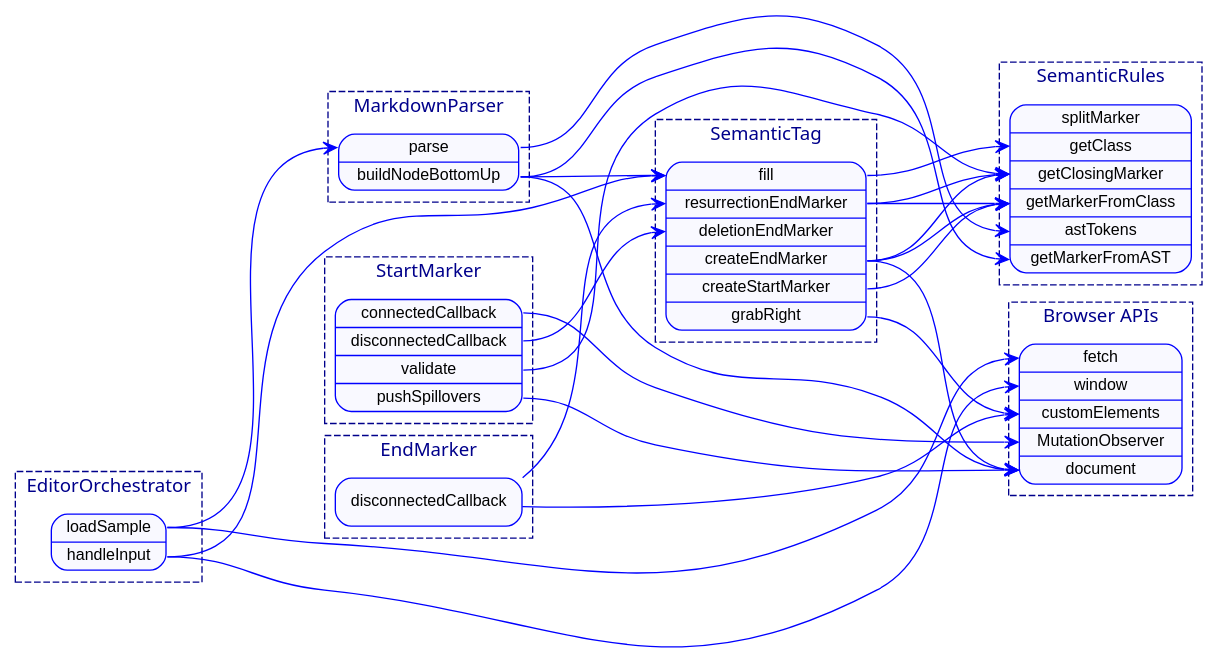
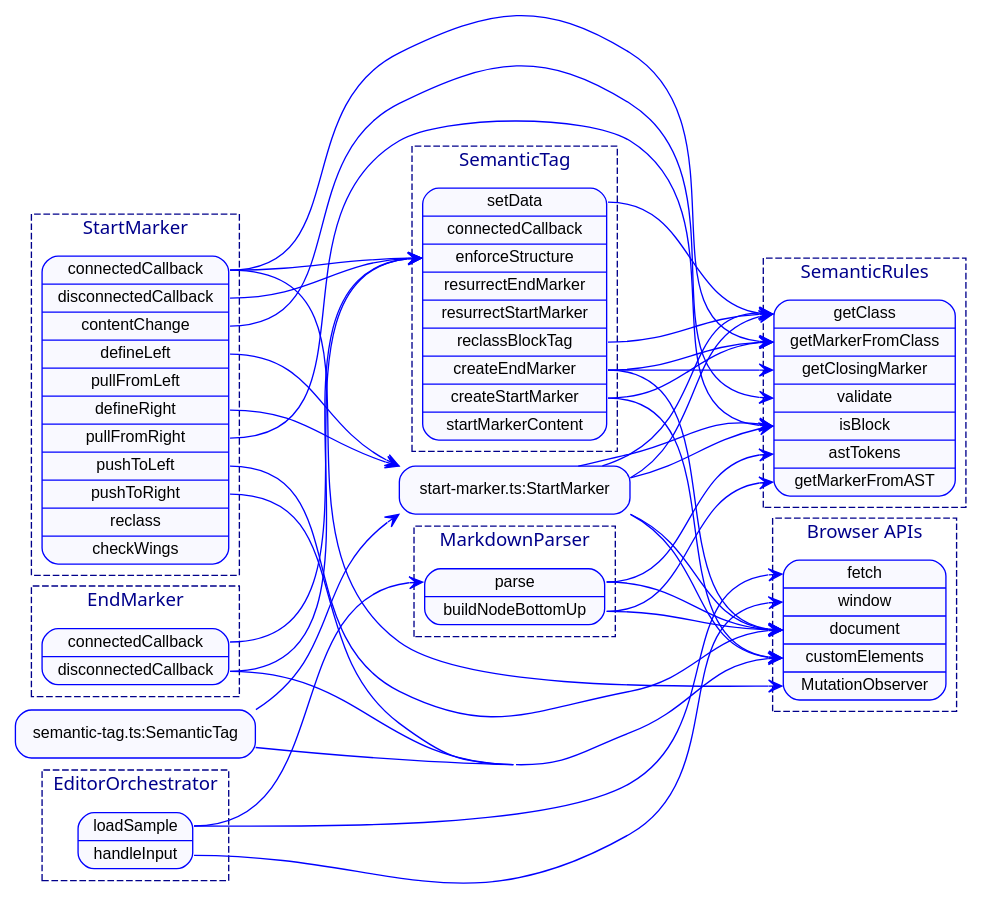
One commit to invisement/markdown-presentation changed the diagram in reports/logic-graph.dot. Above: the diagram before and after it, drawn with Graphviz. The commit also changed 7 other files, not shown here.

```diff
--- a/reports/logic-graph.dot
+++ b/reports/logic-graph.dot
@@ -1,60 +1,72 @@
 digraph logic {
   graph [fontname="system-ui"; fontcolor=darkblue; fontsize=14; style="dashed" rankdir="LR"; concentrate=true; overlap=false; splines=true; color=darkblue; ranksep=1.5;];
   node [fontname="sans-serif"; shape=Mrecord, fontsize=12, color=blue, style=filled, fillcolor="#f9f9ff"];
   edge [fontsize=12, color=blue, arrowhead=vee];
 
   subgraph "cluster_EditorOrchestrator" {
     label = "EditorOrchestrator";
     "editor-orchestrator.ts:EditorOrchestrator" [label="<loadSample> loadSample | <handleInput> handleInput", URL="editor-orchestrator.ts", tooltip="editor-orchestrator.ts"];
   }
   subgraph "cluster_MarkdownParser" {
     label = "MarkdownParser";
     "markdown-parser.ts:MarkdownParser" [label="<parse> parse | <buildNodeBottomUp> buildNodeBottomUp", URL="markdown-parser.ts", tooltip="markdown-parser.ts"];
   }
   subgraph "cluster_SemanticTag" {
     label = "SemanticTag";
-    "semantic-tag.ts:SemanticTag" [label="<fill> fill | <resurrectionEndMarker> resurrectionEndMarker | <deletionEndMarker> deletionEndMarker | <createEndMarker> createEndMarker | <createStartMarker> createStartMarker | <grabRight> grabRight", URL="semantic-tag.ts", tooltip="semantic-tag.ts"];
+    "semantic-tag.backup.ts:SemanticTag" [label="<setData> setData | <connectedCallback> connectedCallback | <enforceStructure> enforceStructure | <resurrectEndMarker> resurrectEndMarker | <resurrectStartMarker> resurrectStartMarker | <reclassBlockTag> reclassBlockTag | <createEndMarker> createEndMarker | <createStartMarker> createStartMarker | <startMarkerContent> startMarkerContent", URL="semantic-tag.backup.ts", tooltip="semantic-tag.backup.ts"];
+  }
+  subgraph "cluster_SemanticRules" {
+    label = "SemanticRules";
+    "semantic-rules.ts:SemanticRules" [label="<getClass> getClass | <getMarkerFromClass> getMarkerFromClass | <getClosingMarker> getClosingMarker | <validate> validate | <isBlock> isBlock | <astTokens> astTokens | <getMarkerFromAST> getMarkerFromAST", URL="semantic-rules.ts", tooltip="semantic-rules.ts"];
   }
   subgraph "cluster_EndMarker" {
     label = "EndMarker";
-    "end-marker.ts:EndMarker" [label="<disconnectedCallback> disconnectedCallback", URL="end-marker.ts", tooltip="end-marker.ts"];
+    "end-marker.ts:EndMarker" [label="<connectedCallback> connectedCallback | <disconnectedCallback> disconnectedCallback", URL="end-marker.ts", tooltip="end-marker.ts"];
   }
   subgraph "cluster_StartMarker" {
     label = "StartMarker";
-    "start-marker.ts:StartMarker" [label="<connectedCallback> connectedCallback | <disconnectedCallback> disconnectedCallback | <validate> validate | <pushSpillovers> pushSpillovers", URL="start-marker.ts", tooltip="start-marker.ts"];
-  }
-  subgraph "cluster_SemanticRules" {
-    label = "SemanticRules";
-    "semantic-rules.ts:SemanticRules" [label="<splitMarker> splitMarker | <getClass> getClass | <getClosingMarker> getClosingMarker | <getMarkerFromClass> getMarkerFromClass | <astTokens> astTokens | <getMarkerFromAST> getMarkerFromAST", URL="semantic-rules.ts", tooltip="semantic-rules.ts"];
+    "start-marker.backup.ts:StartMarker" [label="<connectedCallback> connectedCallback | <disconnectedCallback> disconnectedCallback | <contentChange> contentChange | <defineLeft> defineLeft | <pullFromLeft> pullFromLeft | <defineRight> defineRight | <pullFromRight> pullFromRight | <pushToLeft> pushToLeft | <pushToRight> pushToRight | <reclass> reclass | <checkWings> checkWings", URL="start-marker.backup.ts", tooltip="start-marker.backup.ts"];
   }
   subgraph cluster_browser {
     label = "Browser APIs";
-    "Browser" [label="<fetch> fetch | <window> window | <customElements> customElements | <MutationObserver> MutationObserver | <document> document"];
+    "Browser" [label="<fetch> fetch | <window> window | <document> document | <customElements> customElements | <MutationObserver> MutationObserver"];
   }
   "editor-orchestrator.ts:EditorOrchestrator":"handleInput" -> "Browser":"window";
-  "editor-orchestrator.ts:EditorOrchestrator":"handleInput" -> "semantic-tag.ts:SemanticTag":"fill";
   "editor-orchestrator.ts:EditorOrchestrator":"loadSample" -> "Browser":"fetch";
   "editor-orchestrator.ts:EditorOrchestrator":"loadSample" -> "markdown-parser.ts:MarkdownParser":"parse";
+  "end-marker.ts:EndMarker":"connectedCallback" -> "semantic-tag.backup.ts:SemanticTag":"enforceStructure";
   "end-marker.ts:EndMarker":"disconnectedCallback" -> "Browser":"customElements";
-  "end-marker.ts:EndMarker":"disconnectedCallback" -> "semantic-tag.ts:SemanticTag":"resurrectionEndMarker";
+  "end-marker.ts:EndMarker":"disconnectedCallback" -> "semantic-tag.backup.ts:SemanticTag":"enforceStructure";
   "markdown-parser.ts:MarkdownParser":"buildNodeBottomUp" -> "Browser":"document";
   "markdown-parser.ts:MarkdownParser":"buildNodeBottomUp" -> "semantic-rules.ts:SemanticRules":"getMarkerFromAST";
-  "markdown-parser.ts:MarkdownParser":"buildNodeBottomUp" -> "semantic-tag.ts:SemanticTag":"fill";
   "markdown-parser.ts:MarkdownParser":"parse" -> "Browser":"document";
   "markdown-parser.ts:MarkdownParser":"parse" -> "semantic-rules.ts:SemanticRules":"astTokens";
-  "semantic-tag.ts:SemanticTag":"createEndMarker" -> "Browser":"document";
-  "semantic-tag.ts:SemanticTag":"createEndMarker" -> "semantic-rules.ts:SemanticRules":"getClosingMarker";
-  "semantic-tag.ts:SemanticTag":"createEndMarker" -> "semantic-rules.ts:SemanticRules":"getMarkerFromClass";
-  "semantic-tag.ts:SemanticTag":"createStartMarker" -> "semantic-rules.ts:SemanticRules":"getMarkerFromClass";
-  "semantic-tag.ts:SemanticTag":"fill" -> "semantic-rules.ts:SemanticRules":"getClass";
-  "semantic-tag.ts:SemanticTag":"grabRight" -> "Browser":"customElements";
-  "semantic-tag.ts:SemanticTag":"resurrectionEndMarker" -> "semantic-rules.ts:SemanticRules":"getClosingMarker";
-  "semantic-tag.ts:SemanticTag":"resurrectionEndMarker" -> "semantic-rules.ts:SemanticRules":"getMarkerFromClass";
-  "start-marker.ts:StartMarker":"connectedCallback" -> "Browser":"MutationObserver";
-  "start-marker.ts:StartMarker":"disconnectedCallback" -> "semantic-tag.ts:SemanticTag":"deletionEndMarker";
-  "start-marker.ts:StartMarker":"pushSpillovers" -> "Browser":"customElements";
-  "start-marker.ts:StartMarker":"pushSpillovers" -> "Browser":"document";
-  "start-marker.ts:StartMarker":"validate" -> "semantic-rules.ts:SemanticRules":"getClass";
-  "start-marker.ts:StartMarker":"validate" -> "semantic-rules.ts:SemanticRules":"getClosingMarker";
-  "start-marker.ts:StartMarker":"validate" -> "semantic-rules.ts:SemanticRules":"splitMarker";
+  "semantic-tag.backup.ts:SemanticTag":"createEndMarker" -> "Browser":"document";
+  "semantic-tag.backup.ts:SemanticTag":"createEndMarker" -> "semantic-rules.ts:SemanticRules":"getClosingMarker";
+  "semantic-tag.backup.ts:SemanticTag":"createEndMarker" -> "semantic-rules.ts:SemanticRules":"getMarkerFromClass";
+  "semantic-tag.backup.ts:SemanticTag":"createStartMarker" -> "Browser":"customElements";
+  "semantic-tag.backup.ts:SemanticTag":"createStartMarker" -> "semantic-rules.ts:SemanticRules":"getMarkerFromClass";
+  "semantic-tag.backup.ts:SemanticTag":"reclassBlockTag" -> "semantic-rules.ts:SemanticRules":"getClass";
+  "semantic-tag.backup.ts:SemanticTag":"setData" -> "semantic-rules.ts:SemanticRules":"getClass";
+  "semantic-tag.ts:SemanticTag":"startMarkerContent" -> "Browser":"customElements";
+  "semantic-tag.ts:SemanticTag":"startMarkerContent" -> "start-marker.ts:StartMarker":"reclass";
+  "start-marker.backup.ts:StartMarker":"connectedCallback" -> "Browser":"MutationObserver";
+  "start-marker.backup.ts:StartMarker":"connectedCallback" -> "semantic-rules.ts:SemanticRules":"getMarkerFromClass";
+  "start-marker.backup.ts:StartMarker":"connectedCallback" -> "semantic-tag.backup.ts:SemanticTag":"enforceStructure";
+  "start-marker.backup.ts:StartMarker":"contentChange" -> "semantic-rules.ts:SemanticRules":"getClass";
+  "start-marker.backup.ts:StartMarker":"contentChange" -> "semantic-rules.ts:SemanticRules":"validate";
+  "start-marker.backup.ts:StartMarker":"defineLeft" -> "start-marker.ts:StartMarker":"pullFromLeft";
+  "start-marker.backup.ts:StartMarker":"defineRight" -> "start-marker.ts:StartMarker":"pullFromRight";
+  "start-marker.backup.ts:StartMarker":"disconnectedCallback" -> "semantic-tag.backup.ts:SemanticTag":"enforceStructure";
+  "start-marker.backup.ts:StartMarker":"pullFromLeft" -> "semantic-rules.ts:SemanticRules":"isBlock";
+  "start-marker.backup.ts:StartMarker":"pullFromRight" -> "semantic-rules.ts:SemanticRules":"isBlock";
+  "start-marker.backup.ts:StartMarker":"pushToLeft" -> "Browser":"document";
+  "start-marker.backup.ts:StartMarker":"pushToRight" -> "Browser":"customElements";
+  "start-marker.backup.ts:StartMarker":"pushToRight" -> "Browser":"document";
+  "start-marker.ts:StartMarker":"checkWings" -> "semantic-rules.ts:SemanticRules":"getClass";
+  "start-marker.ts:StartMarker":"connectedCallback" -> "Browser":"customElements";
+  "start-marker.ts:StartMarker":"connectedCallback" -> "Browser":"document";
+  "start-marker.ts:StartMarker":"pullFromLeft" -> "semantic-rules.ts:SemanticRules":"isBlock";
+  "start-marker.ts:StartMarker":"pullFromRight" -> "semantic-rules.ts:SemanticRules":"isBlock";
+  "start-marker.ts:StartMarker":"reclass" -> "semantic-rules.ts:SemanticRules":"getClass";
 }
```
